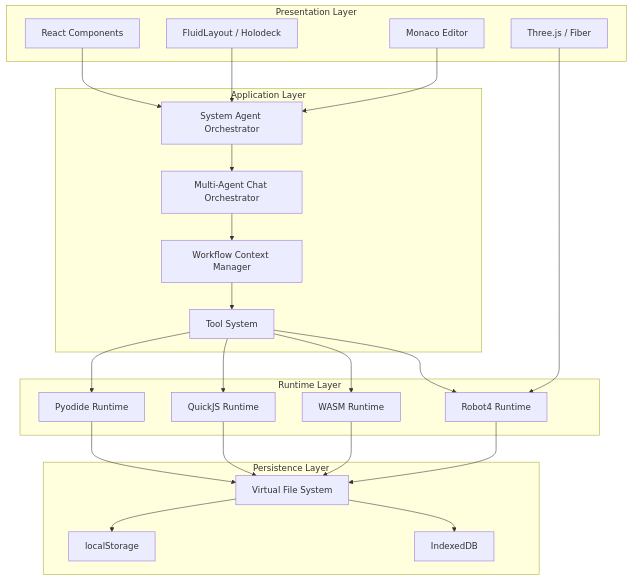
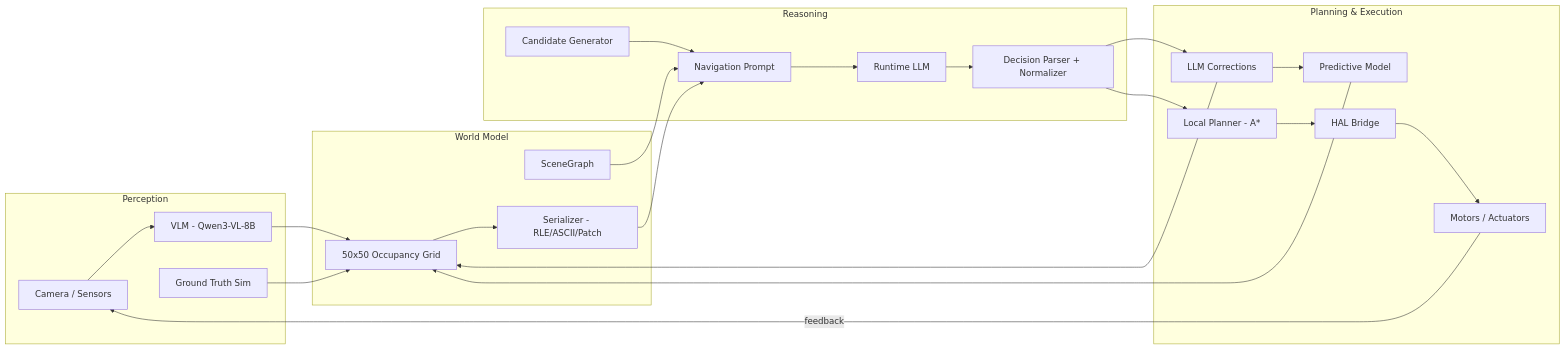
Before and after one commit to EvolvingAgentsLabs/llmos: the first of 5 diagrams in docs/architecture/ARCHITECTURE.md, drawn with Mermaid. The commit also changed other lines of this file and 20 other files, not shown here.

````diff
--- a/docs/architecture/ARCHITECTURE.md
+++ b/docs/architecture/ARCHITECTURE.md
@@ -195,51 +32,40 @@
 ```mermaid
-graph TB
-    subgraph "Presentation Layer"
-        RC[React Components]
-        FL[FluidLayout / Holodeck]
-        ME[Monaco Editor]
-        TF[Three.js / Fiber]
+graph LR
+    subgraph "Perception"
+        CAM[Camera / Sensors]
+        VLM[VLM - Qwen3-VL-8B]
+        GT[Ground Truth Sim]
     end
 
-    subgraph "Application Layer"
-        SAO[System Agent Orchestrator]
-        MACO[Multi-Agent Chat Orchestrator]
-        WCM[Workflow Context Manager]
-        TS[Tool System]
+    subgraph "World Model"
+        WM[50x50 Occupancy Grid]
+        SG[SceneGraph]
+        SER[Serializer - RLE/ASCII/Patch]
     end
 
-    subgraph "Runtime Layer"
-        PYR[Pyodide Runtime]
-        QJSR[QuickJS Runtime]
-        WR[WASM Runtime]
-        R4R[Robot4 Runtime]
+    subgraph "Reasoning"
+        CG[Candidate Generator]
+        PROMPT[Navigation Prompt]
+        LLM_BRAIN[Runtime LLM]
+        PARSE[Decision Parser + Normalizer]
     end
 
-    subgraph "Persistence Layer"
-        VFS[Virtual File System]
-        IDB[IndexedDB]
-        LS[localStorage]
+    subgraph "Planning & Execution"
+        CORR[LLM Corrections]
+        PRED[Predictive Model]
+        LP[Local Planner - A*]
+        HAL_E[HAL Bridge]
+        MOT[Motors / Actuators]
     end
 
-    RC --> SAO
-    FL --> SAO
-    ME --> SAO
-    TF --> R4R
-
-    SAO --> MACO
-    MACO --> WCM
-    WCM --> TS
-
-    TS --> PYR
-    TS --> QJSR
-    TS --> WR
-    TS --> R4R
-
-    PYR --> VFS
-    QJSR --> VFS
-    WR --> VFS
-    R4R --> VFS
-
-    VFS --> LS
-    VFS --> IDB
+    CAM --> VLM --> WM
+    GT --> WM
+    WM --> SER --> PROMPT
+    SG --> PROMPT
+    CG --> PROMPT
+    PROMPT --> LLM_BRAIN --> PARSE
+    PARSE --> CORR --> WM
+    CORR --> PRED --> WM
+    PARSE --> LP --> HAL_E --> MOT
+    MOT -->|feedback| CAM
 ```
````
